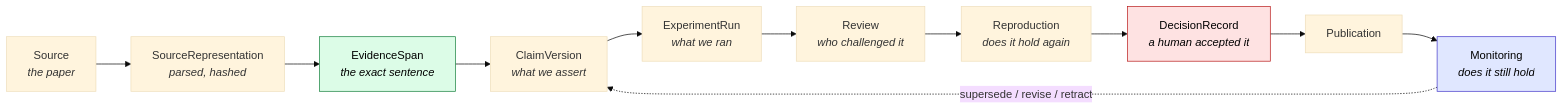
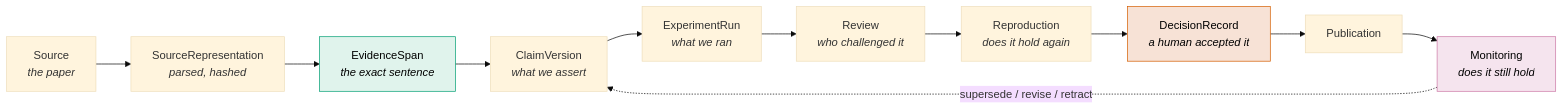
Before and after one commit to furkanhanilci/AETHRION: the fourth of 22 diagrams in docs/architecture/AIRL_OS_ARCHITECTURE.md, drawn with Mermaid (base theme). The commit also changed other lines of this file and 32 other files, not shown here.

````diff
--- a/docs/architecture/AIRL_OS_ARCHITECTURE.md
+++ b/docs/architecture/AIRL_OS_ARCHITECTURE.md
@@ -116,17 +116,17 @@
 ```mermaid
 flowchart LR
     S["Source<br/><i>the paper</i>"] --> SR["SourceRepresentation<br/><i>parsed, hashed</i>"]
     SR --> ES["EvidenceSpan<br/><i>the exact sentence</i>"]
     ES --> C["ClaimVersion<br/><i>what we assert</i>"]
     C --> R["ExperimentRun<br/><i>what we ran</i>"]
     R --> RV["Review<br/><i>who challenged it</i>"]
     RV --> RP["Reproduction<br/><i>does it hold again</i>"]
     RP --> D["DecisionRecord<br/><i>a human accepted it</i>"]
     D --> P["Publication"]
     P --> MO["Monitoring<br/><i>does it still hold</i>"]
     MO -.->|"supersede / revise / retract"| C
 
-    style ES fill:#dcfce7,stroke:#15803d,color:#000
-    style D fill:#fee2e2,stroke:#b91c1c,color:#000
-    style MO fill:#e0e7ff,stroke:#4338ca,color:#000
+    style ES fill:#E0F3EC,stroke:#009E73,color:#000
+    style D fill:#F7E2D6,stroke:#D55E00,color:#000
+    style MO fill:#F5E4EE,stroke:#CC79A7,color:#000
 ```
````
